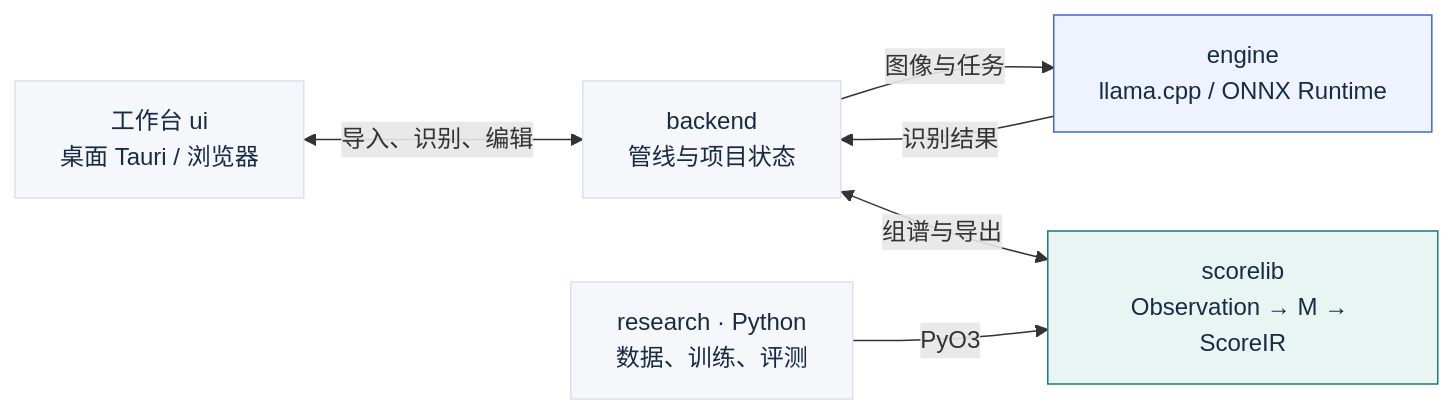
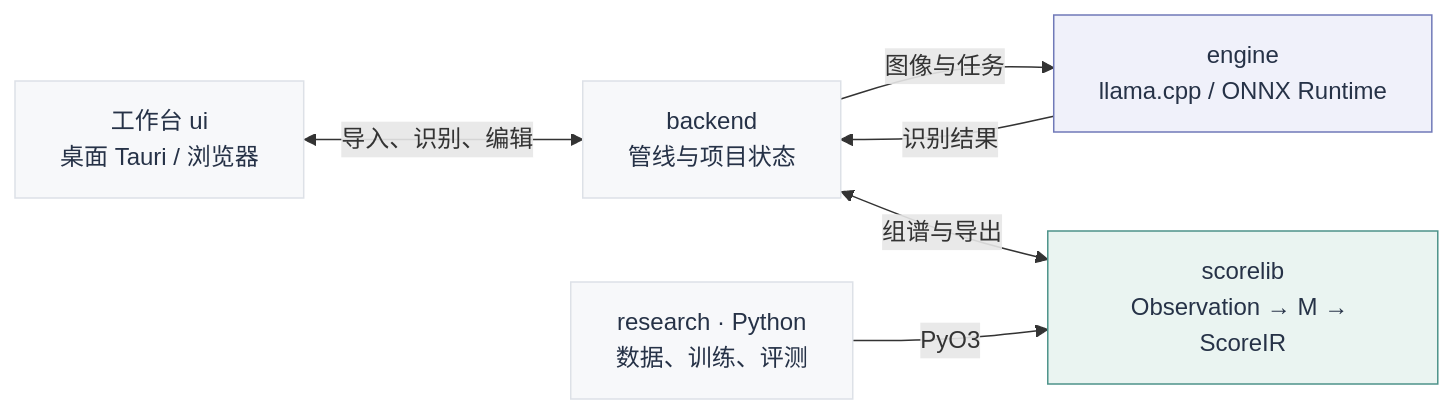
Before and after one commit to Flurry-L/guitarOCR: the diagram in README.md, drawn with Mermaid. The commit also changed other lines of this file and 3 other files, not shown here.

````diff
--- a/README.md
+++ b/README.md
@@ -139,14 +139,14 @@
 ```mermaid
 flowchart LR
     UI["工作台 ui<br/>桌面 Tauri / 浏览器"] <-->|"导入、识别、编辑"| API["backend<br/>管线与项目状态"]
     API -->|"图像与任务"| E["engine<br/>llama.cpp / ONNX Runtime"]
     E -->|"识别结果"| API
     API <-->|"组谱与导出"| S["scorelib<br/>Observation → M → ScoreIR"]
     R["research · Python<br/>数据、训练、评测"] -->|"PyO3"| S
-    classDef app fill:#F5F7FA,stroke:#D9E2EE,color:#182B45
-    classDef net fill:#EEF3FF,stroke:#4168CF,color:#182B45
-    classDef core fill:#E9F5F2,stroke:#137F79,color:#182B45
+    classDef app fill:#F7F8FA,stroke:#DDE1E7,color:#263247
+    classDef net fill:#F0F1FA,stroke:#7079B8,color:#263247
+    classDef core fill:#EAF4F1,stroke:#4D938A,color:#263247
     class UI,API,R app
     class E net
     class S core
 ```
````
